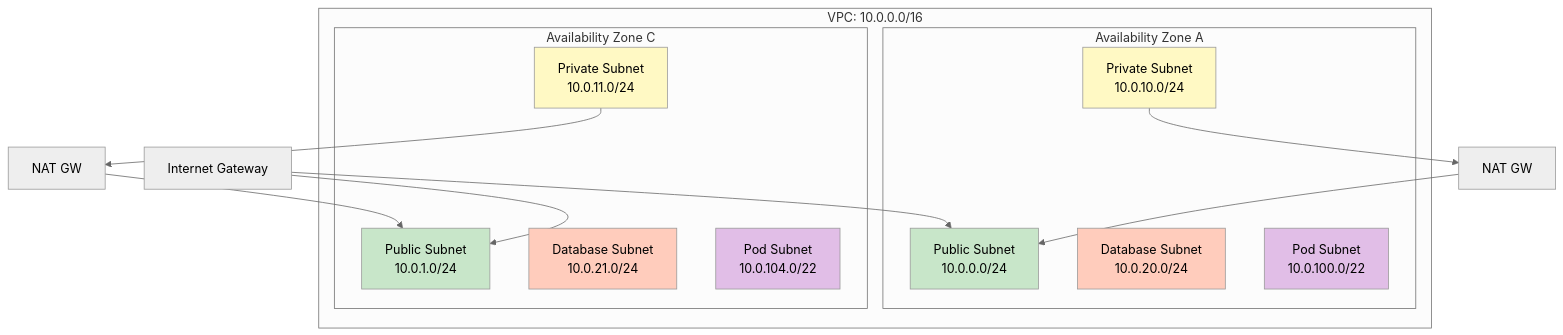
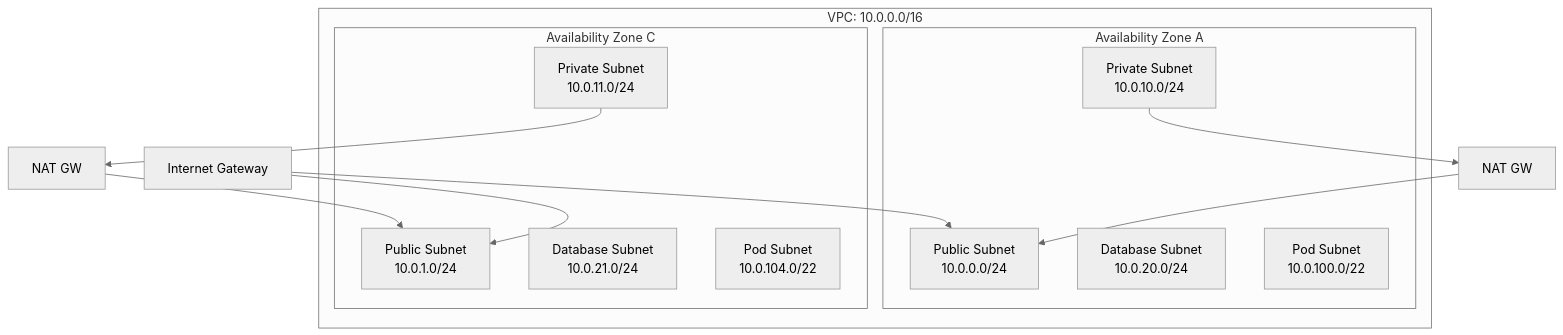
Before and after one commit to JSJ2337/AWS_EKS_terraform_code: the fourth of 9 diagrams in docs/architecture.md, drawn with Mermaid (neutral theme). The commit also changed other lines of this file, not shown here.

Commit message:
fix: Mermaid 다이어그램 컬러 스타일 제거

````diff
--- a/docs/architecture.md
+++ b/docs/architecture.md
@@ -140,36 +129,27 @@
 ```mermaid
 flowchart TB
     subgraph VPC["VPC: 10.0.0.0/16"]
         subgraph AZa["Availability Zone A"]
             Pub_A["Public Subnet<br/>10.0.0.0/24"]
             Pri_A["Private Subnet<br/>10.0.10.0/24"]
             DB_A["Database Subnet<br/>10.0.20.0/24"]
             Pod_A["Pod Subnet<br/>10.0.100.0/22"]
         end
 
         subgraph AZc["Availability Zone C"]
             Pub_C["Public Subnet<br/>10.0.1.0/24"]
             Pri_C["Private Subnet<br/>10.0.11.0/24"]
             DB_C["Database Subnet<br/>10.0.21.0/24"]
             Pod_C["Pod Subnet<br/>10.0.104.0/22"]
         end
     end
 
     IGW[Internet Gateway] --> Pub_A
     IGW --> Pub_C
 
     NAT_A[NAT GW] --> Pub_A
     NAT_C[NAT GW] --> Pub_C
 
     Pri_A --> NAT_A
     Pri_C --> NAT_C
-
-    style Pub_A fill:#c8e6c9
-    style Pub_C fill:#c8e6c9
-    style Pri_A fill:#fff9c4
-    style Pri_C fill:#fff9c4
-    style DB_A fill:#ffccbc
-    style DB_C fill:#ffccbc
-    style Pod_A fill:#e1bee7
-    style Pod_C fill:#e1bee7
 ```
````
